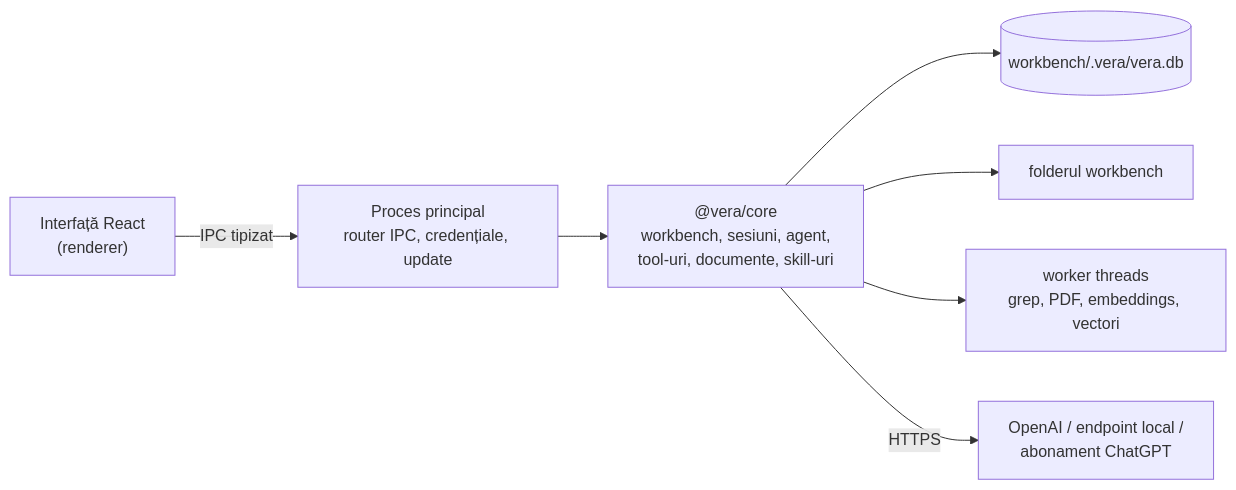
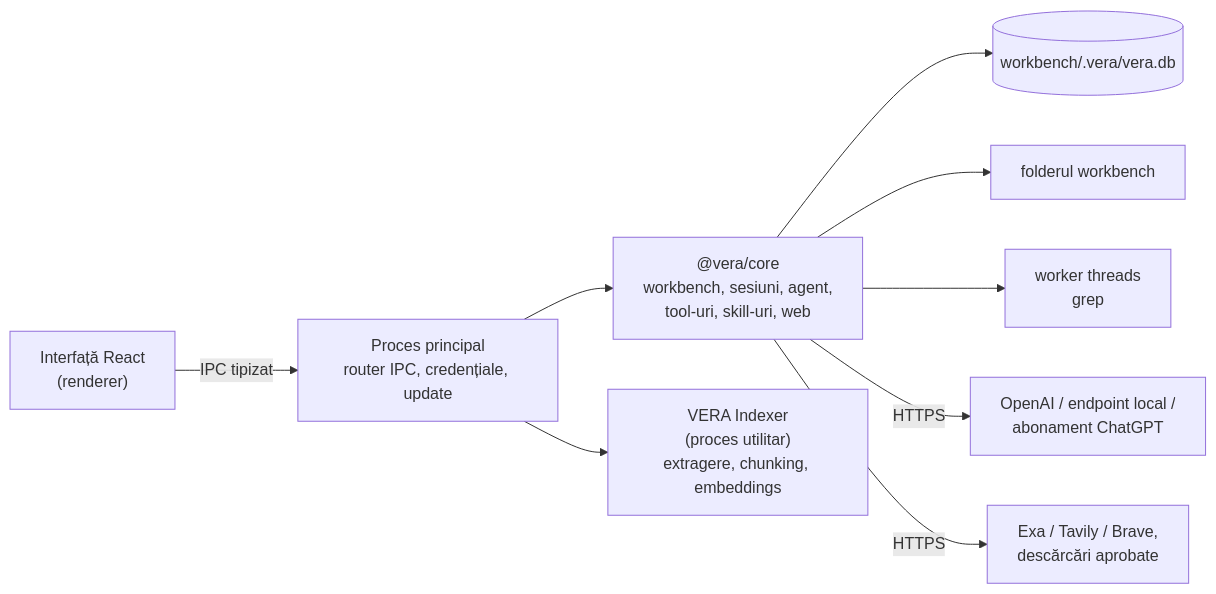
The diagram in 00_Planning/00-overview.md (DDP-Engineering/2026_Virtual_Embedded_Rig_Assistant), drawn with Mermaid before and after one commit. The commit also changed other lines of this file and 52 other files, not shown here.

````diff
--- a/00_Planning/00-overview.md
+++ b/00_Planning/00-overview.md
@@ -72,9 +87,11 @@
 ```mermaid
 flowchart LR
   UI["Interfață React<br/>(renderer)"] -- "IPC tipizat" --> MAIN["Proces principal<br/>router IPC, credențiale, update"]
-  MAIN --> CORE["@vera/core<br/>workbench, sesiuni, agent,<br/>tool-uri, documente, skill-uri"]
+  MAIN --> CORE["@vera/core<br/>workbench, sesiuni, agent,<br/>tool-uri, skill-uri, web"]
+  MAIN --> IDX["VERA Indexer<br/>(proces utilitar)<br/>extragere, chunking, embeddings"]
   CORE --> DB[("workbench/.vera/vera.db")]
   CORE --> FS["folderul workbench"]
-  CORE --> W["worker threads<br/>grep, PDF, embeddings, vectori"]
+  CORE --> W["worker threads<br/>grep"]
   CORE -- HTTPS --> LLM["OpenAI / endpoint local /<br/>abonament ChatGPT"]
+  CORE -- HTTPS --> WEB["Exa / Tavily / Brave,<br/>descărcări aprobate"]
 ```
````
